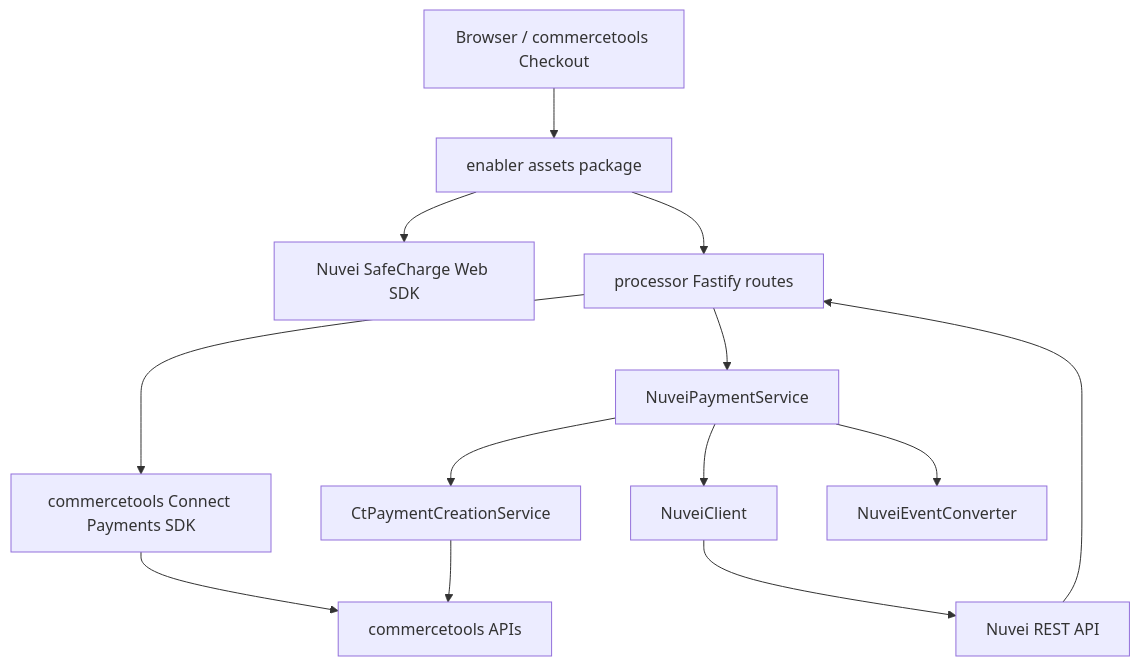
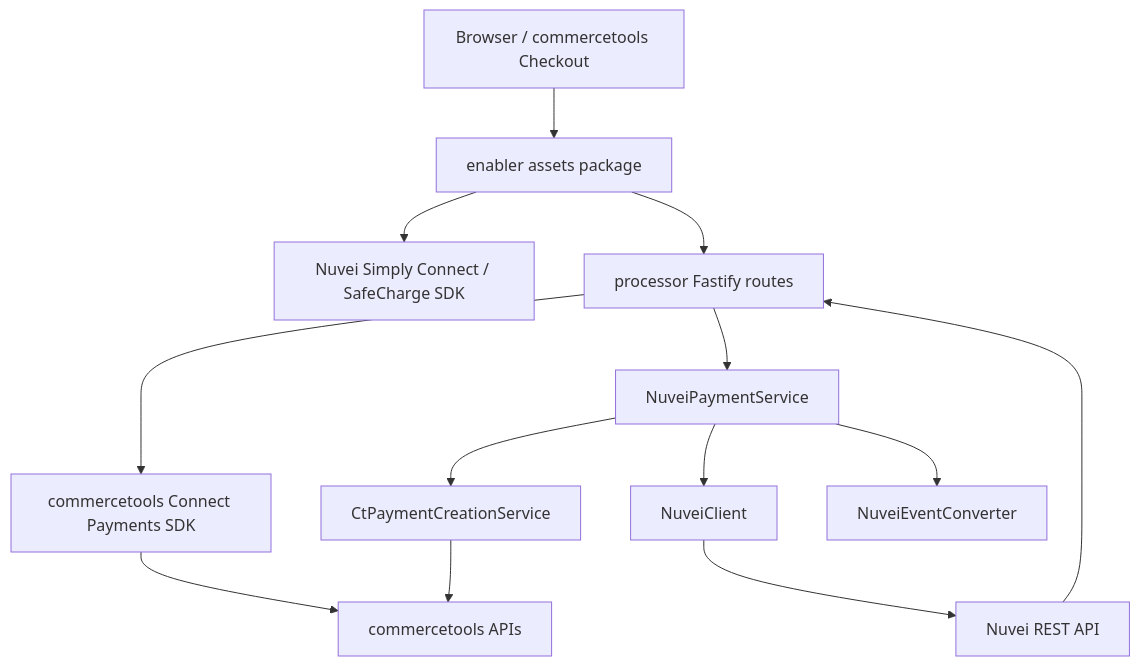
One commit to tylkocom/nuvei-commercetools-connect changed the diagram in docs/ARCHITECTURE.md. Above: the diagram before and after it, drawn with Mermaid. The commit also changed other lines of this file and 6 other files, not shown here.

Commit message:
Update docs for Simply Connect drop-in

````diff
--- a/docs/ARCHITECTURE.md
+++ b/docs/ARCHITECTURE.md
@@ -10,15 +10,15 @@
 ```mermaid
 graph TD
   Browser[Browser / commercetools Checkout] --> Enabler[enabler assets package]
-  Enabler --> NuveiSDK[Nuvei SafeCharge Web SDK]
+  Enabler --> NuveiSDK[Nuvei Simply Connect / SafeCharge SDK]
   Enabler --> ProcessorRoutes[processor Fastify routes]
   ProcessorRoutes --> PaymentSDK[commercetools Connect Payments SDK]
   ProcessorRoutes --> NuveiPaymentService[NuveiPaymentService]
   NuveiPaymentService --> CtPaymentCreation[CtPaymentCreationService]
   NuveiPaymentService --> NuveiClient[NuveiClient]
   NuveiPaymentService --> EventConverter[NuveiEventConverter]
   PaymentSDK --> Commercetools[commercetools APIs]
   CtPaymentCreation --> Commercetools
   NuveiClient --> NuveiAPI[Nuvei REST API]
   NuveiAPI --> ProcessorRoutes
 ```
````
